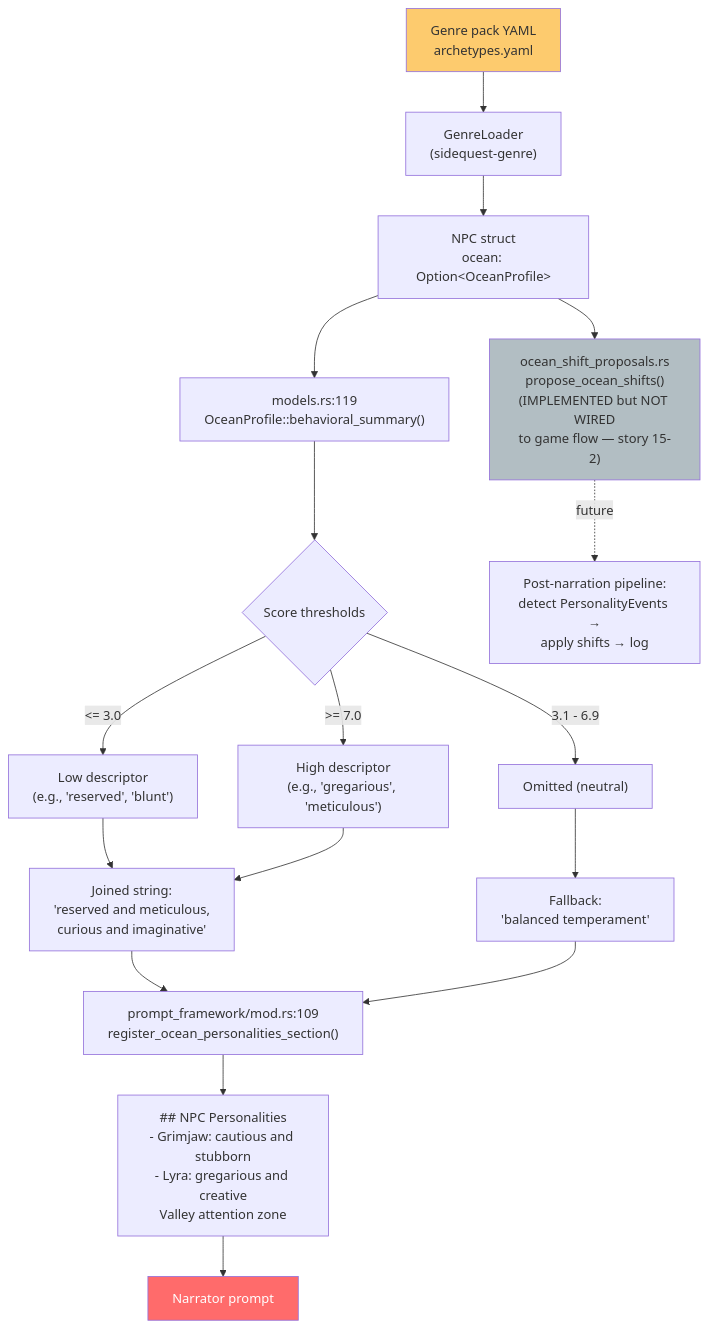
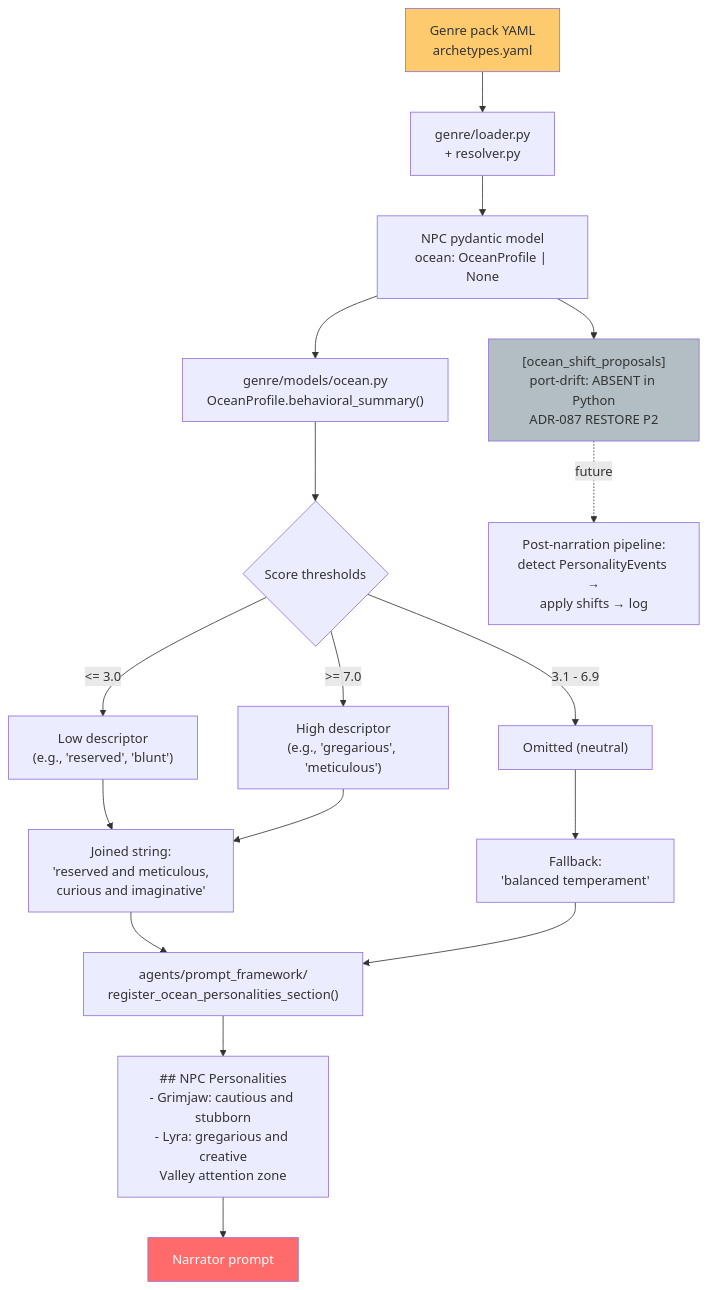
Before and after one commit to slabgorb/sidequest: the tenth of 15 diagrams in docs/wiring-diagrams.md, drawn with Mermaid. The commit also changed other lines of this file and 4 other files, not shown here.

````diff
--- a/docs/wiring-diagrams.md
+++ b/docs/wiring-diagrams.md
@@ -547,26 +576,26 @@
 ```mermaid
 flowchart TD
-    A["Genre pack YAML<br/>archetypes.yaml"] --> B["GenreLoader<br/>(sidequest-genre)"]
-    B --> C["NPC struct<br/>ocean: Option&lt;OceanProfile&gt;"]
+    A["Genre pack YAML<br/>archetypes.yaml"] --> B["genre/loader.py<br/>+ resolver.py"]
+    B --> C["NPC pydantic model<br/>ocean: OceanProfile | None"]
 
-    C --> D["models.rs:119<br/>OceanProfile::behavioral_summary()"]
+    C --> D["genre/models/ocean.py<br/>OceanProfile.behavioral_summary()"]
     D --> E{"Score thresholds"}
     E -->|"<= 3.0"| F["Low descriptor<br/>(e.g., 'reserved', 'blunt')"]
     E -->|">= 7.0"| G["High descriptor<br/>(e.g., 'gregarious', 'meticulous')"]
     E -->|"3.1 - 6.9"| H["Omitted (neutral)"]
 
     F & G --> I["Joined string:<br/>'reserved and meticulous,<br/>curious and imaginative'"]
     H --> J["Fallback:<br/>'balanced temperament'"]
 
-    I --> K["prompt_framework/mod.rs:109<br/>register_ocean_personalities_section()"]
+    I --> K["agents/prompt_framework/<br/>register_ocean_personalities_section()"]
     J --> K
     K --> L["## NPC Personalities<br/>- Grimjaw: cautious and stubborn<br/>- Lyra: gregarious and creative<br/>Valley attention zone"]
     L --> M["Narrator prompt"]
 
-    C --> N["ocean_shift_proposals.rs<br/>propose_ocean_shifts()<br/>(IMPLEMENTED but NOT WIRED<br/>to game flow — story 15-2)"]
+    C --> N["[ocean_shift_proposals]<br/>port-drift: ABSENT in Python<br/>ADR-087 RESTORE P2"]
     N -.->|"future"| O["Post-narration pipeline:<br/>detect PersonalityEvents →<br/>apply shifts → log"]
 
     style A fill:#fdcb6e,color:#333
     style M fill:#ff6b6b,color:#fff
     style N fill:#b2bec3,color:#333
 ```
````
